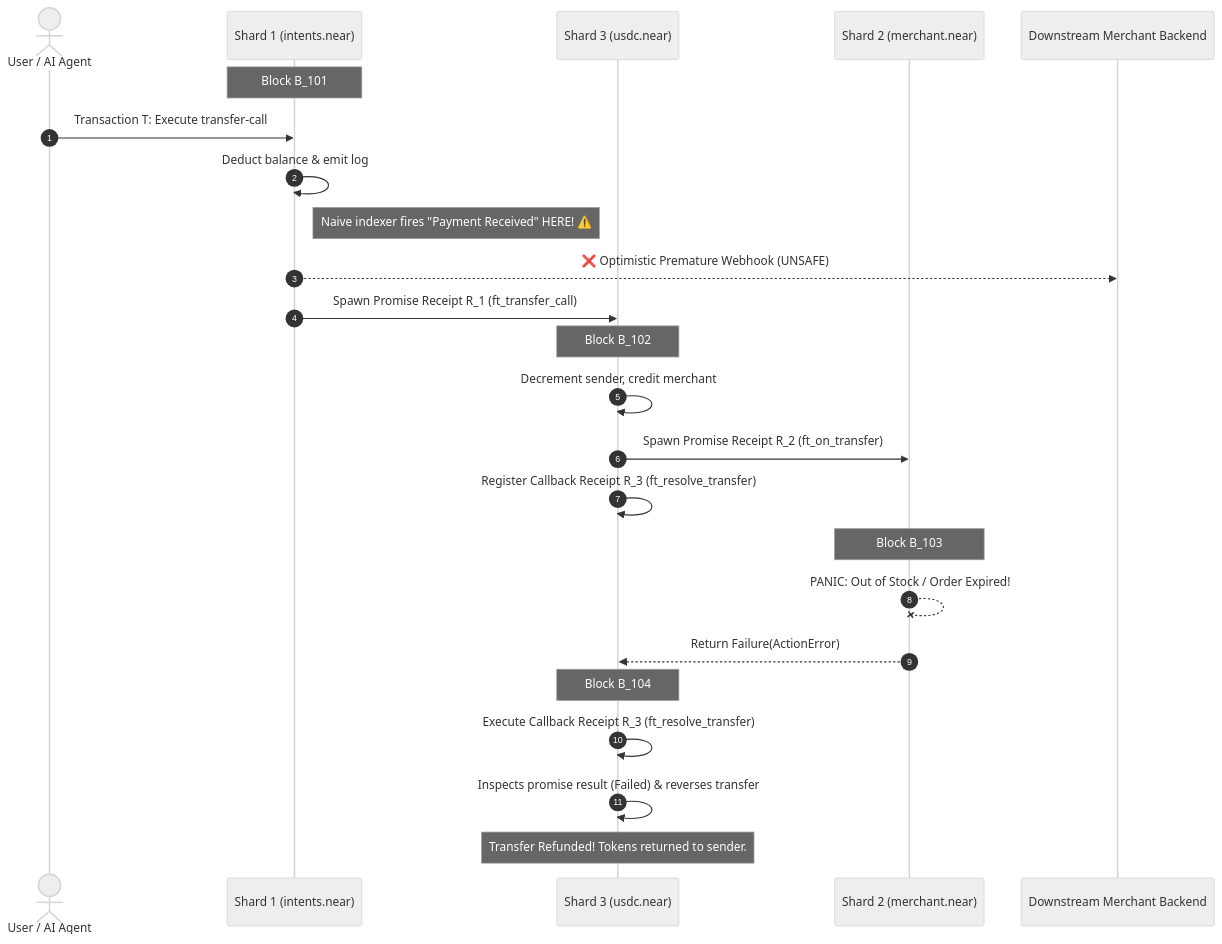
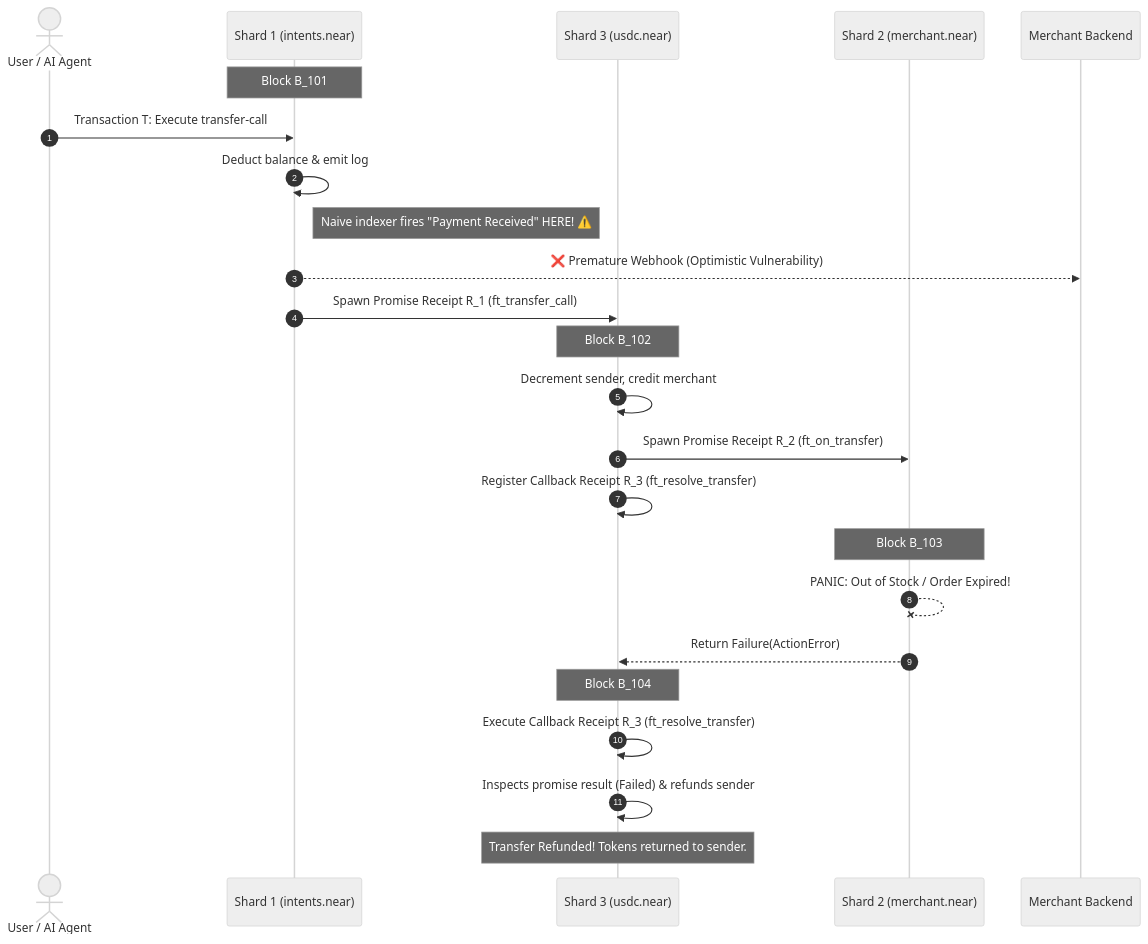
One commit to Team-Managed/NEARHook changed the first of 7 diagrams in whitepaper.md. Above: the diagram before and after it, drawn with Mermaid (neutral theme). The commit also changed other lines of this file and 4 other files, not shown here.

````diff
--- a/whitepaper.md
+++ b/whitepaper.md
@@ -34,30 +26,30 @@
 ```mermaid
 sequenceDiagram
     autonumber
     actor User as User / AI Agent
     participant Shard1 as Shard 1 (intents.near)
     participant Shard3 as Shard 3 (usdc.near)
     participant Shard2 as Shard 2 (merchant.near)
-    participant Downstream as Downstream Merchant Backend
+    participant Client as Merchant Backend
 
     Note over Shard1: Block B_101
     User->>Shard1: Transaction T: Execute transfer-call
     Shard1->>Shard1: Deduct balance & emit log
     Note right of Shard1: Naive indexer fires "Payment Received" HERE! ⚠️
-    Shard1-->>Downstream: ❌ Optimistic Premature Webhook (UNSAFE)
+    Shard1-->>Client: ❌ Premature Webhook (Optimistic Vulnerability)
     Shard1->>Shard3: Spawn Promise Receipt R_1 (ft_transfer_call)
 
     Note over Shard3: Block B_102
     Shard3->>Shard3: Decrement sender, credit merchant
     Shard3->>Shard2: Spawn Promise Receipt R_2 (ft_on_transfer)
     Shard3->>Shard3: Register Callback Receipt R_3 (ft_resolve_transfer)
 
     Note over Shard2: Block B_103
     Shard2--xShard2: PANIC: Out of Stock / Order Expired!
     Shard2-->>Shard3: Return Failure(ActionError)
 
     Note over Shard3: Block B_104
     Shard3->>Shard3: Execute Callback Receipt R_3 (ft_resolve_transfer)
-    Shard3->>Shard3: Inspects promise result (Failed) & reverses transfer
+    Shard3->>Shard3: Inspects promise result (Failed) & refunds sender
     Note over Shard3: Transfer Refunded! Tokens returned to sender.
 ```
````
